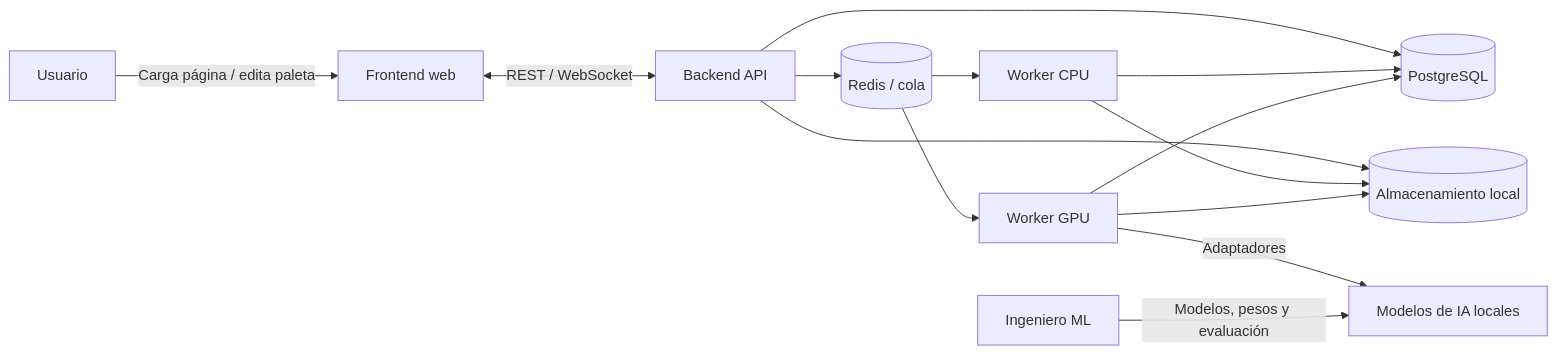
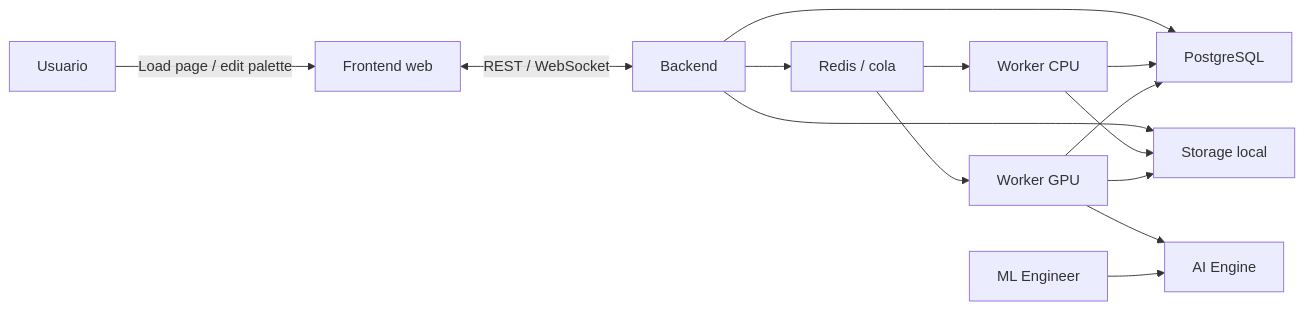
One commit to SteinDevlop/Manga-AI-SemiAuto-Colorizer changed the first of 8 diagrams in docs/arc42.md. Above: the diagram before and after it, drawn with Mermaid. The commit also changed 1 other file, not shown here.

Commit message:
fix: simplify mermaid diagram syntax for reliable GitHub rendering

````diff
--- a/docs/arc42.md
+++ b/docs/arc42.md
@@ -251,16 +251,16 @@
 ```mermaid
 flowchart LR
-    U[Usuario] -->|Carga página / edita paleta| UI[Frontend web]
-    UI <-->|REST / WebSocket| API[Backend API]
-    API --> DB[(PostgreSQL)]
-    API --> FS[(Almacenamiento local)]
-    API --> Q[(Redis / cola)]
+    User[Usuario] -->|Load page / edit palette| Frontend[Frontend web]
+    Frontend <-->|REST / WebSocket| API[Backend]
+    API --> DB[PostgreSQL]
+    API --> FS[Storage local]
+    API --> Q[Redis / cola]
     Q --> CPU[Worker CPU]
     Q --> GPU[Worker GPU]
     CPU --> FS
     GPU --> FS
     CPU --> DB
     GPU --> DB
-    GPU -->|Adaptadores| AI[Modelos de IA locales]
-    ML[Ingeniero ML] -->|Modelos, pesos y evaluación| AI
+    GPU --> AI[AI Engine]
+    ML[ML Engineer] --> AI
 ```
````
